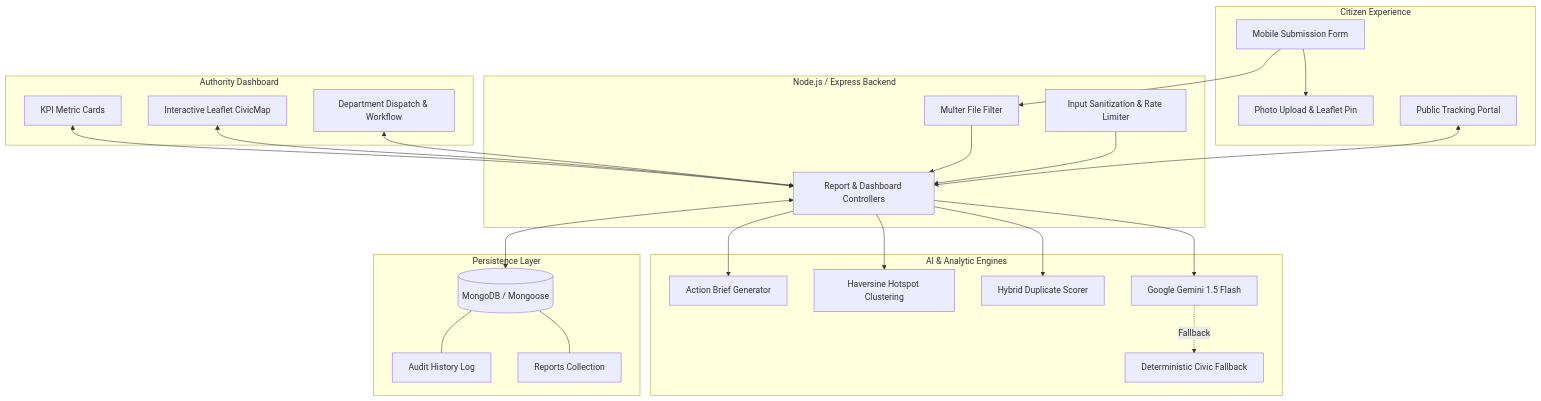
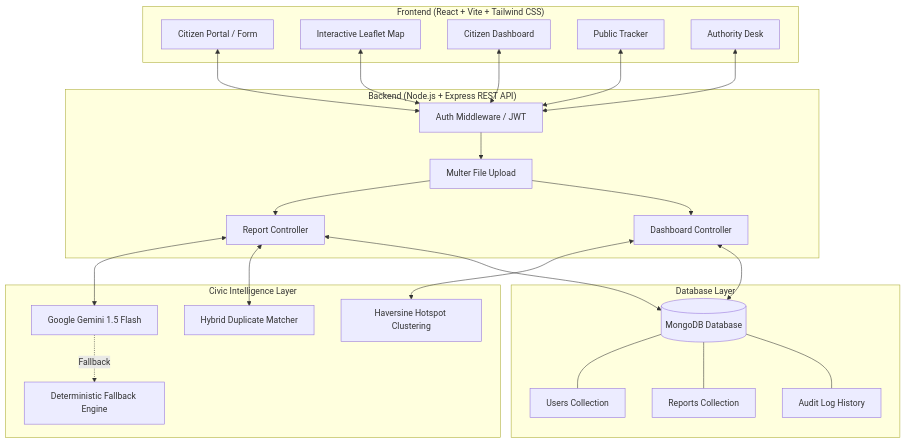
Before and after one commit to Ayush-kotian/CivicActionAI: the diagram in README.md, drawn with Mermaid. The commit also changed other lines of this file and 1 other file, not shown here.

````diff
--- a/README.md
+++ b/README.md
@@ -59,47 +129,40 @@
 ```mermaid
 flowchart TD
-    subgraph Citizen["Citizen Experience"]
-        A[Mobile Submission Form] --> B[Photo Upload & Leaflet Pin]
-        C[Public Tracking Portal]
+    subgraph Client["Frontend (React + Vite + Tailwind CSS)"]
+        A[Citizen Portal / Form]
+        B[Interactive Leaflet Map]
+        C[Citizen Dashboard]
+        D[Public Tracker]
+        E[Authority Desk]
     end
 
-    subgraph Server["Node.js / Express Backend"]
-        D[Multer File Filter]
-        E[Input Sanitization & Rate Limiter]
-        F[Report & Dashboard Controllers]
-        D --> F
-        E --> F
+    subgraph Server["Backend (Node.js + Express REST API)"]
+        F[Auth Middleware / JWT]
+        G[Multer File Upload]
+        H[Report Controller]
+        I[Dashboard Controller]
     end
 
-    subgraph Intelligence["AI & Analytic Engines"]
-        G[Google Gemini 1.5 Flash]
-        H[Deterministic Civic Fallback]
-        I[Hybrid Duplicate Scorer]
-        J[Haversine Hotspot Clustering]
-        K[Action Brief Generator]
+    subgraph Intelligence["Civic Intelligence Layer"]
+        J[Google Gemini 1.5 Flash]
+        K[Deterministic Fallback Engine]
+        L[Hybrid Duplicate Matcher]
+        M[Haversine Hotspot Clustering]
     end
 
-    subgraph Data["Persistence Layer"]
-        L[(MongoDB / Mongoose)]
-        M[Reports Collection]
-        N[Audit History Log]
-        L --- M
-        L --- N
+    subgraph Storage["Database Layer"]
+        N[(MongoDB Database)]
+        O[Users Collection]
+        P[Reports Collection]
+        Q[Audit Log History]
     end
 
-    subgraph Authority["Authority Dashboard"]
-        O[KPI Metric Cards]
-        P[Interactive Leaflet CivicMap]
-        Q[Department Dispatch & Workflow]
-    end
-
-    A --> D
-    F --> G
-    G -. Fallback .-> H
-    F --> I
-    F --> J
-    F --> K
-    F <--> L
-    O & P & Q <--> F
-    C <--> F
+    A & B & C & D & E <--> F
+    F --> G --> H & I
+    H <--> J
+    J -. Fallback .-> K
+    H <--> L
+    I <--> M
+    H & I <--> N
+    N --- O & P & Q
 ```
````
